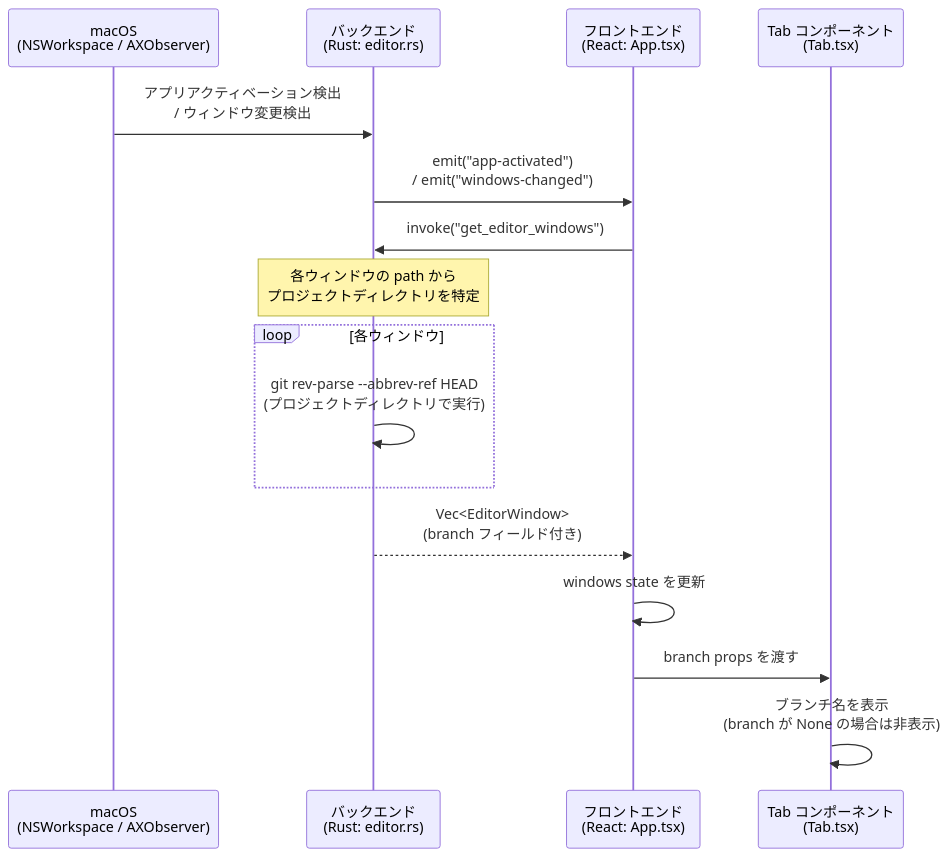
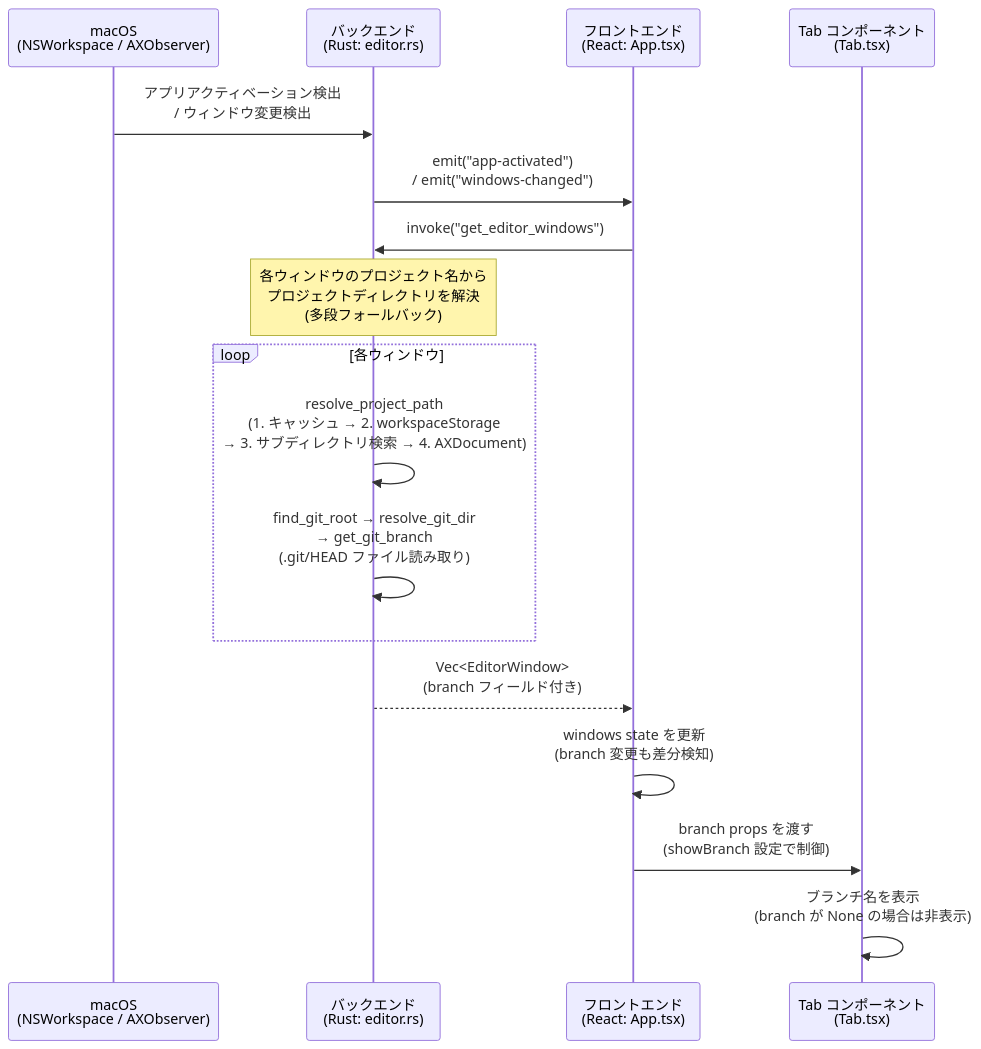
Before and after one commit to 884js/editor-tab-manager: the first of 2 diagrams in docs/Gitブランチ表示/README.md, drawn with Mermaid. The commit also changed other lines of this file and 3 other files, not shown here.

````diff
--- a/docs/Gitブランチ表示/README.md
+++ b/docs/Gitブランチ表示/README.md
@@ -41,22 +42,23 @@
 ```mermaid
 sequenceDiagram
     participant macOS as macOS<br/>(NSWorkspace / AXObserver)
     participant Backend as バックエンド<br/>(Rust: editor.rs)
     participant Frontend as フロントエンド<br/>(React: App.tsx)
     participant Tab as Tab コンポーネント<br/>(Tab.tsx)
 
     macOS->>Backend: アプリアクティベーション検出<br/>/ ウィンドウ変更検出
     Backend->>Frontend: emit("app-activated") <br/>/ emit("windows-changed")
     Frontend->>Backend: invoke("get_editor_windows")
 
-    Note over Backend: 各ウィンドウの path から<br/>プロジェクトディレクトリを特定
+    Note over Backend: 各ウィンドウのプロジェクト名から<br/>プロジェクトディレクトリを解決<br/>(多段フォールバック)
 
     loop 各ウィンドウ
-        Backend->>Backend: git rev-parse --abbrev-ref HEAD<br/>(プロジェクトディレクトリで実行)
+        Backend->>Backend: resolve_project_path<br/>(1. キャッシュ → 2. workspaceStorage<br/>→ 3. サブディレクトリ検索 → 4. AXDocument)
+        Backend->>Backend: find_git_root → resolve_git_dir<br/>→ get_git_branch<br/>(.git/HEAD ファイル読み取り)
     end
 
     Backend-->>Frontend: Vec<EditorWindow><br/>(branch フィールド付き)
-    Frontend->>Frontend: windows state を更新
-    Frontend->>Tab: branch props を渡す
+    Frontend->>Frontend: windows state を更新<br/>(branch 変更も差分検知)
+    Frontend->>Tab: branch props を渡す<br/>(showBranch 設定で制御)
     Tab->>Tab: ブランチ名を表示<br/>(branch が None の場合は非表示)
 ```
````
